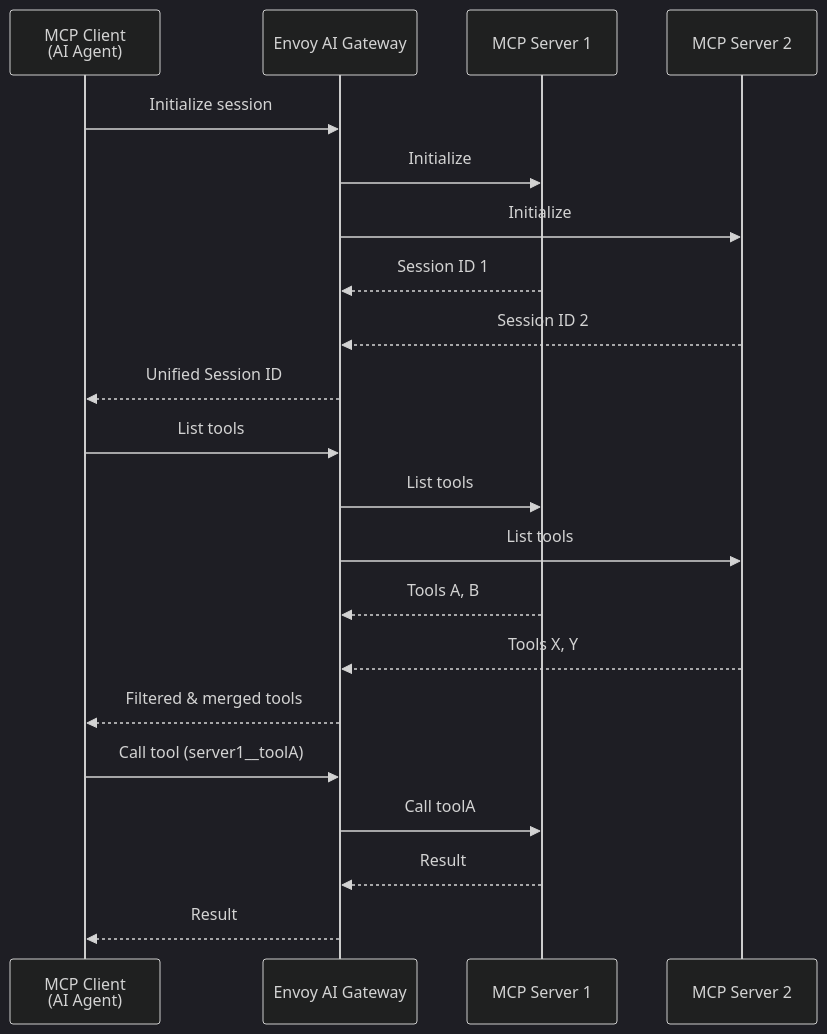
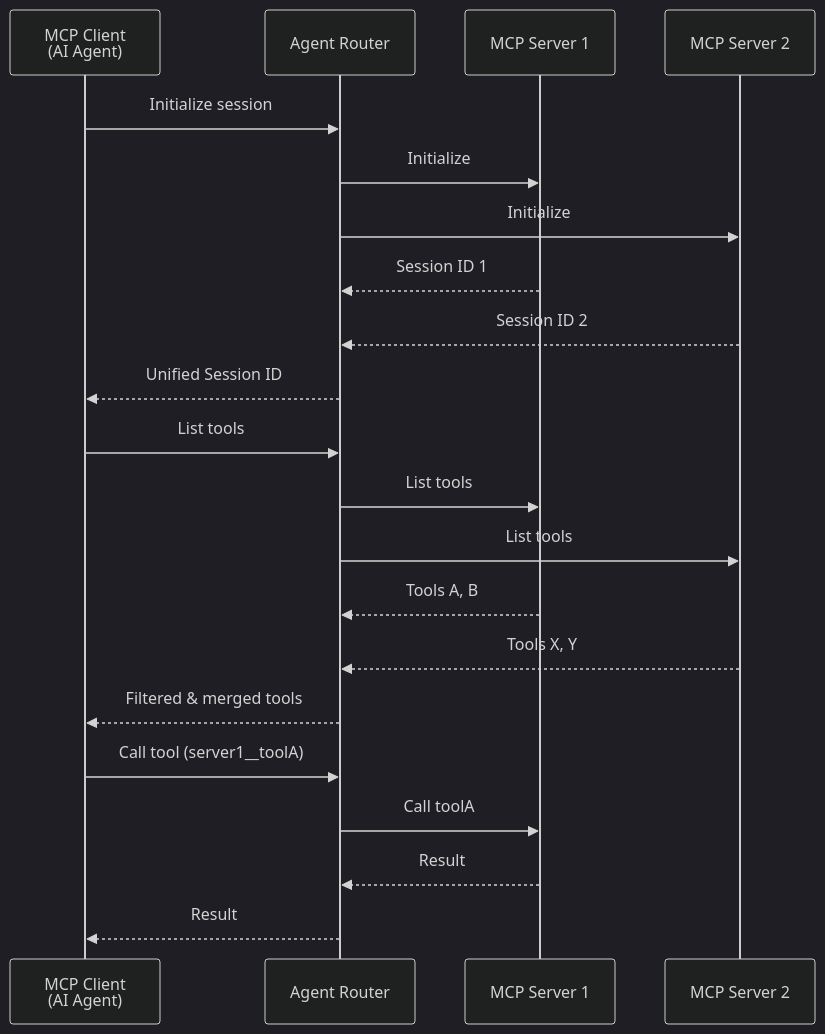
Before and after one commit to envoyproxy/ai-gateway: the first of 2 diagrams in site/versioned_docs/version-1.1/capabilities/mcp/index.md, drawn with Mermaid (dark theme). The commit also changed other lines of this file and 209 other files, not shown here.

First line of the commit message:
feat(site): rebrand site and README to Agent Router

````diff
--- a/site/versioned_docs/version-1.1/capabilities/mcp/index.md
+++ b/site/versioned_docs/version-1.1/capabilities/mcp/index.md
@@ -37,26 +37,26 @@
 ```mermaid
 sequenceDiagram
     participant Client as MCP Client<br/>(AI Agent)
-    participant Gateway as Envoy AI Gateway
+    participant Gateway as Agent Router
     participant MCP1 as MCP Server 1
     participant MCP2 as MCP Server 2
 
     Client->>Gateway: Initialize session
     Gateway->>MCP1: Initialize
     Gateway->>MCP2: Initialize
     MCP1-->>Gateway: Session ID 1
     MCP2-->>Gateway: Session ID 2
     Gateway-->>Client: Unified Session ID
 
     Client->>Gateway: List tools
     Gateway->>MCP1: List tools
     Gateway->>MCP2: List tools
     MCP1-->>Gateway: Tools A, B
     MCP2-->>Gateway: Tools X, Y
     Gateway-->>Client: Filtered & merged tools
 
     Client->>Gateway: Call tool (server1__toolA)
     Gateway->>MCP1: Call toolA
     MCP1-->>Gateway: Result
     Gateway-->>Client: Result
 ```
````
